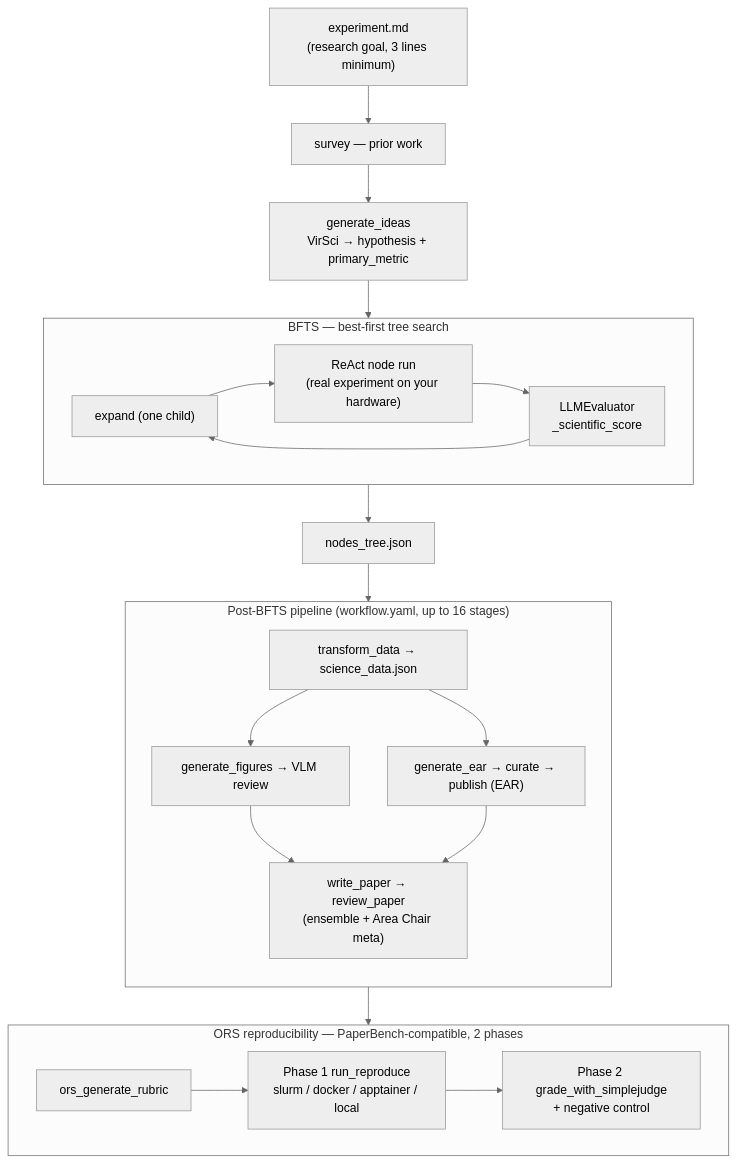
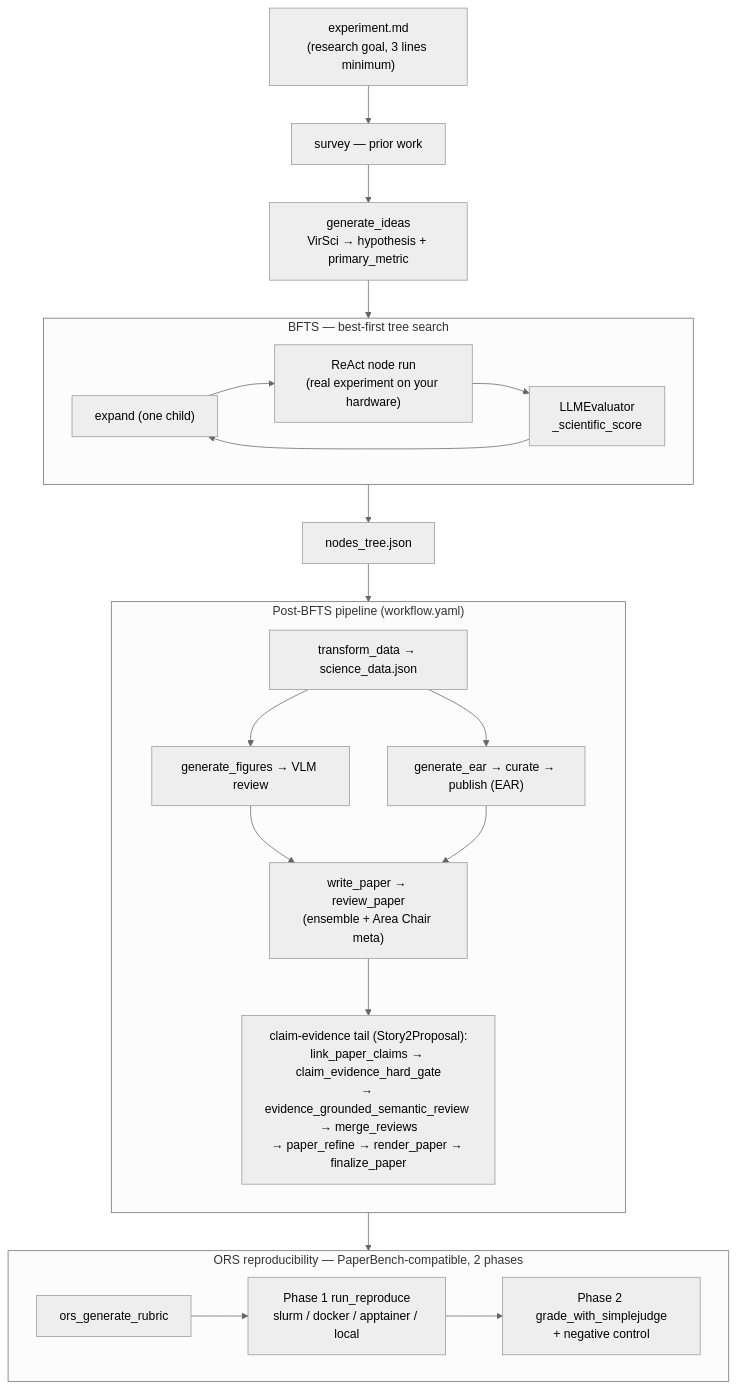
The diagram in docs/concepts/architecture.md (kotama7/ARI), drawn with Mermaid (neutral theme) before and after one commit. The commit also changed other lines of this file and 93 other files, not shown here.

````diff
--- a/docs/concepts/architecture.md
+++ b/docs/concepts/architecture.md
@@ -48,38 +49,40 @@
 ```mermaid
 flowchart TB
     exp["experiment.md<br/>(research goal, 3 lines minimum)"]
     exp --> survey["survey — prior work"]
     survey --> ideas["generate_ideas<br/>VirSci → hypothesis + primary_metric"]
     ideas --> bfts
 
     subgraph bfts["BFTS — best-first tree search"]
         direction LR
         expand["expand (one child)"] --> run["ReAct node run<br/>(real experiment on your hardware)"]
         run --> eval["LLMEvaluator<br/>_scientific_score"]
         eval --> expand
     end
 
     bfts --> tree["nodes_tree.json"]
 
-    subgraph post["Post-BFTS pipeline (workflow.yaml, up to 16 stages)"]
+    subgraph post["Post-BFTS pipeline (workflow.yaml)"]
         direction TB
         transform["transform_data → science_data.json"]
         figures["generate_figures → VLM review"]
         paper["write_paper → review_paper<br/>(ensemble + Area Chair meta)"]
+        claimtail["claim-evidence tail (Story2Proposal):<br/>link_paper_claims → claim_evidence_hard_gate<br/>→ evidence_grounded_semantic_review → merge_reviews<br/>→ paper_refine → render_paper → finalize_paper"]
         ear["generate_ear → curate → publish (EAR)"]
         transform --> figures
         transform --> ear
         figures --> paper
         ear --> paper
+        paper --> claimtail
     end
 
     tree --> post
 
     subgraph ors["ORS reproducibility — PaperBench-compatible, 2 phases"]
         direction LR
         rubric["ors_generate_rubric"] --> p1["Phase 1 run_reproduce<br/>slurm / docker / apptainer / local"]
         p1 --> p2["Phase 2 grade_with_simplejudge<br/>+ negative control"]
     end
 
     post --> ors
 ```
````
